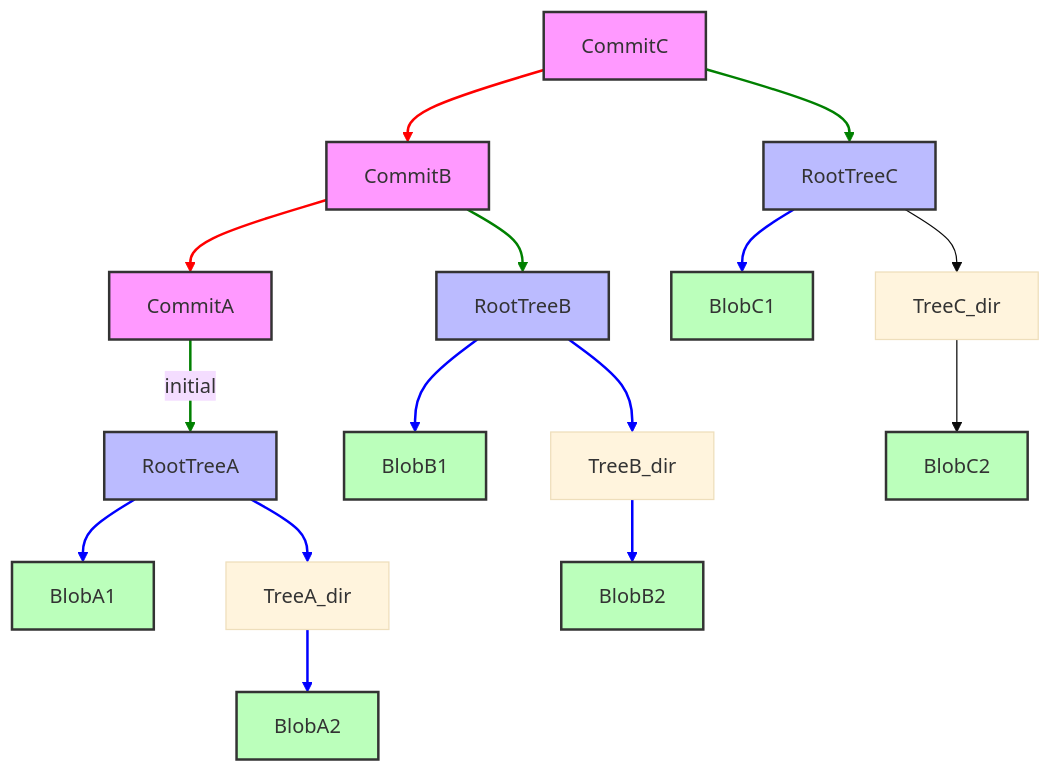
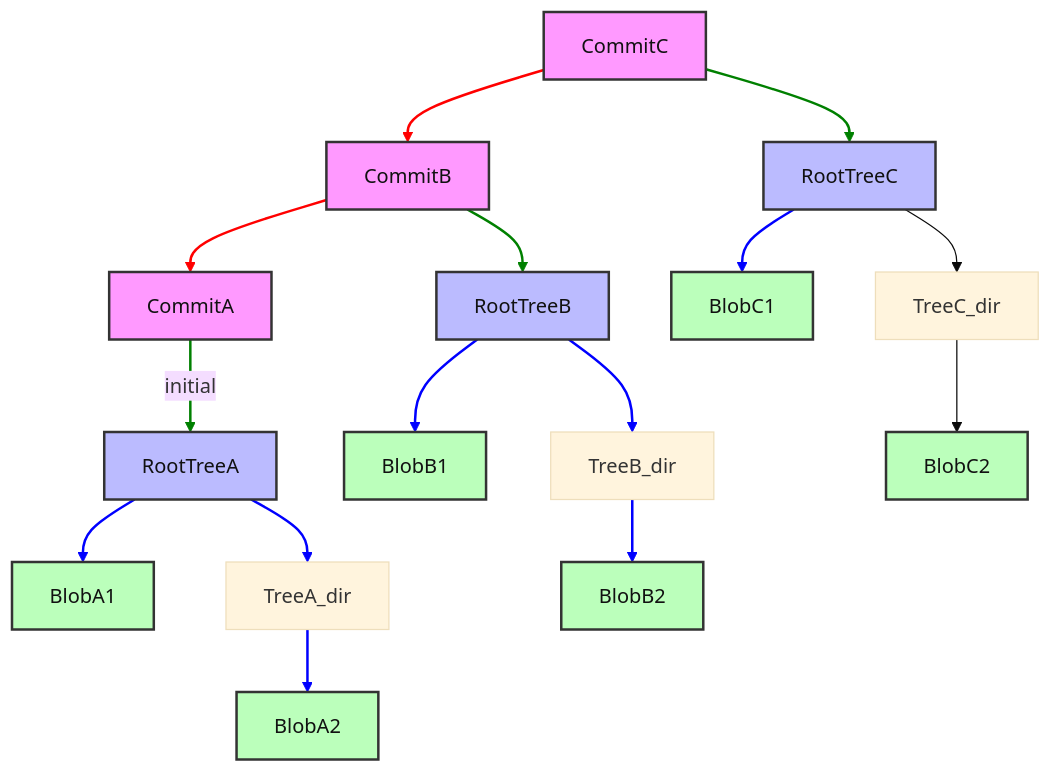
The diagram in src/content/docs/prerequisites/git-deep-dive/module-1-git-internals.md (kube-dojo/kube-dojo.github.io), drawn with Mermaid (base theme) before and after one commit. The commit also changed 16 other files, not shown here.

Commit message:
fix(content): complete English diagram foregrounds (#3446)

````diff
--- a/src/content/docs/prerequisites/git-deep-dive/module-1-git-internals.md
+++ b/src/content/docs/prerequisites/git-deep-dive/module-1-git-internals.md
@@ -340,48 +340,48 @@
 ```mermaid
 graph TD
     CommitC --> CommitB
     CommitB --> CommitA
     CommitA -- initial --> RootTreeA
     CommitB --> RootTreeB
     CommitC --> RootTreeC
 
     RootTreeA --> BlobA1
     RootTreeA --> TreeA_dir
 
     TreeA_dir --> BlobA2
 
     RootTreeB --> BlobB1
     RootTreeB --> TreeB_dir
 
     TreeB_dir --> BlobB2
 
     RootTreeC --> BlobC1
     RootTreeC --> TreeC_dir
     TreeC_dir --> BlobC2
 
-    style CommitA fill:#f9f,stroke:#333,stroke-width:2px
-    style CommitB fill:#f9f,stroke:#333,stroke-width:2px
-    style CommitC fill:#f9f,stroke:#333,stroke-width:2px
-    style RootTreeA fill:#bbf,stroke:#333,stroke-width:2px
-    style RootTreeB fill:#bbf,stroke:#333,stroke-width:2px
-    style RootTreeC fill:#bbf,stroke:#333,stroke-width:2px
-    style BlobA1 fill:#bfb,stroke:#333,stroke-width:2px
-    style BlobA2 fill:#bfb,stroke:#333,stroke-width:2px
-    style BlobB1 fill:#bfb,stroke:#333,stroke-width:2px
-    style BlobB2 fill:#bfb,stroke:#333,stroke-width:2px
-    style BlobC1 fill:#bfb,stroke:#333,stroke-width:2px
-    style BlobC2 fill:#bfb,stroke:#333,stroke-width:2px
+    style CommitA fill:#f9f,stroke:#333,stroke-width:2px,color:#111
+    style CommitB fill:#f9f,stroke:#333,stroke-width:2px,color:#111
+    style CommitC fill:#f9f,stroke:#333,stroke-width:2px,color:#111
+    style RootTreeA fill:#bbf,stroke:#333,stroke-width:2px,color:#111
+    style RootTreeB fill:#bbf,stroke:#333,stroke-width:2px,color:#111
+    style RootTreeC fill:#bbf,stroke:#333,stroke-width:2px,color:#111
+    style BlobA1 fill:#bfb,stroke:#333,stroke-width:2px,color:#111
+    style BlobA2 fill:#bfb,stroke:#333,stroke-width:2px,color:#111
+    style BlobB1 fill:#bfb,stroke:#333,stroke-width:2px,color:#111
+    style BlobB2 fill:#bfb,stroke:#333,stroke-width:2px,color:#111
+    style BlobC1 fill:#bfb,stroke:#333,stroke-width:2px,color:#111
+    style BlobC2 fill:#bfb,stroke:#333,stroke-width:2px,color:#111
 
     linkStyle 0 stroke-width:2px,fill:none,stroke:red;
     linkStyle 1 stroke-width:2px,fill:none,stroke:red;
     linkStyle 2 stroke-width:2px,fill:none,stroke:green;
     linkStyle 3 stroke-width:2px,fill:none,stroke:green;
     linkStyle 4 stroke-width:2px,fill:none,stroke:green;
     linkStyle 5 stroke-width:2px,fill:none,stroke:blue;
     linkStyle 6 stroke-width:2px,fill:none,stroke:blue;
     linkStyle 7 stroke-width:2px,fill:none,stroke:blue;
     linkStyle 8 stroke-width:2px,fill:none,stroke:blue;
     linkStyle 9 stroke-width:2px,fill:none,stroke:blue;
     linkStyle 10 stroke-width:2px,fill:none,stroke:blue;
     linkStyle 11 stroke-width:2px,fill:none,stroke:blue;
 ```
````
